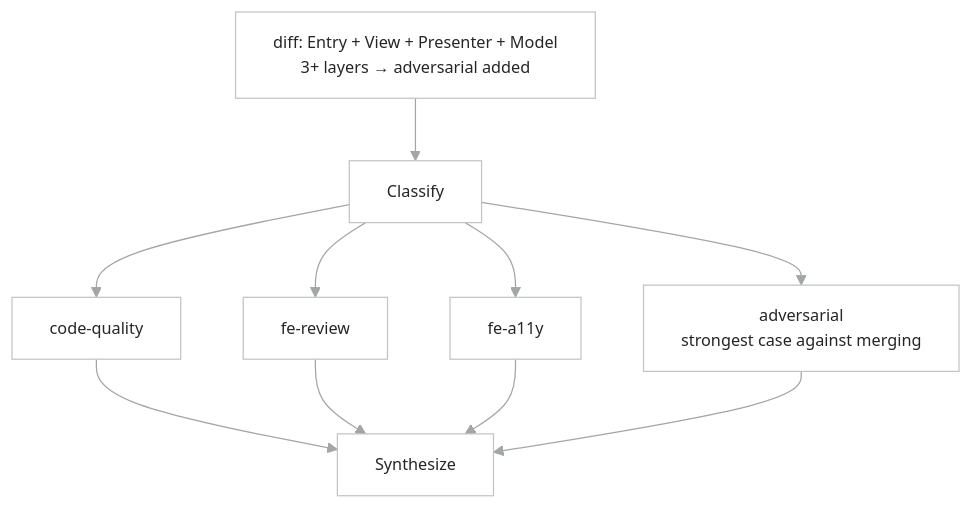
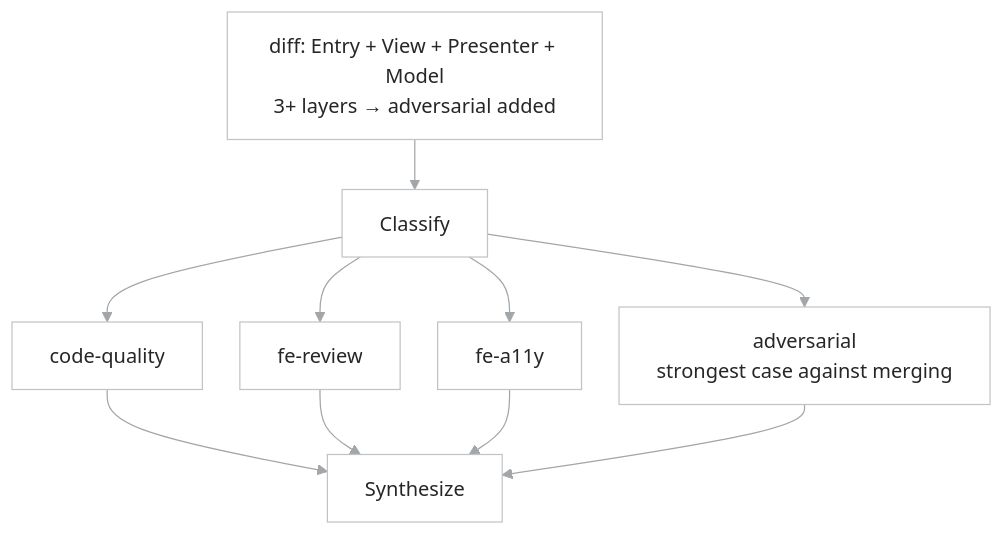
One commit to raditia/CraftKit changed diagram 11 of 17 in README.md. Above: the diagram before and after it, drawn with Mermaid. The commit also changed other lines of this file, not shown here.

First line of the commit message:
docs: make README diagrams readable at GitHub width

````diff
--- a/README.md
+++ b/README.md
@@ -728,29 +751,31 @@
 ```mermaid
 ---
 config:
   theme: base
   look: classic
   fontFamily: "-apple-system, BlinkMacSystemFont, Segoe UI, Helvetica, Arial, sans-serif"
   themeVariables:
     fontFamily: "-apple-system, BlinkMacSystemFont, Segoe UI, Helvetica, Arial, sans-serif"
-    fontSize: 13px
+    fontSize: 16px
     primaryColor: "#FFFFFF"
     primaryBorderColor: "#C1C4C6"
     primaryTextColor: "#242628"
     lineColor: "#A2A6A8"
     clusterBkg: "#F5FBFF"
     clusterBorder: "#F0F1F2"
     titleColor: "#707577"
     edgeLabelBackground: "#FFFFFF"
   flowchart:
     curve: basis
-    wrappingWidth: 640
+    wrappingWidth: 240
+    nodeSpacing: 30
+    rankSpacing: 40
 ---
 flowchart TD
-    A["diff: Entry + View + Presenter + Model\n3+ layers → adversarial added"] --> B[Classify]
+    A["diff: Entry + View + Presenter + Model<br/>3+ layers → adversarial added"] --> B[Classify]
     B --> C[code-quality]
     B --> D[fe-review]
     B --> E[fe-a11y]
-    B --> F["adversarial\nstrongest case against merging"]
+    B --> F["adversarial<br/>strongest case against merging"]
     C & D & E & F --> G[Synthesize]
 ```
````
